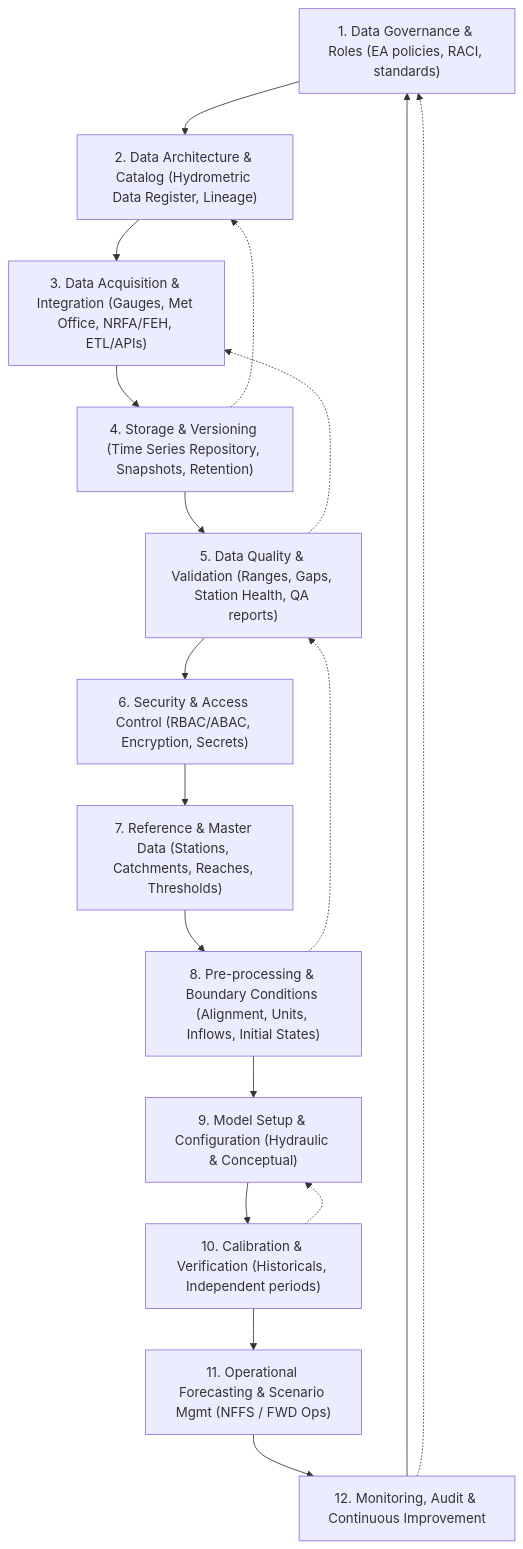
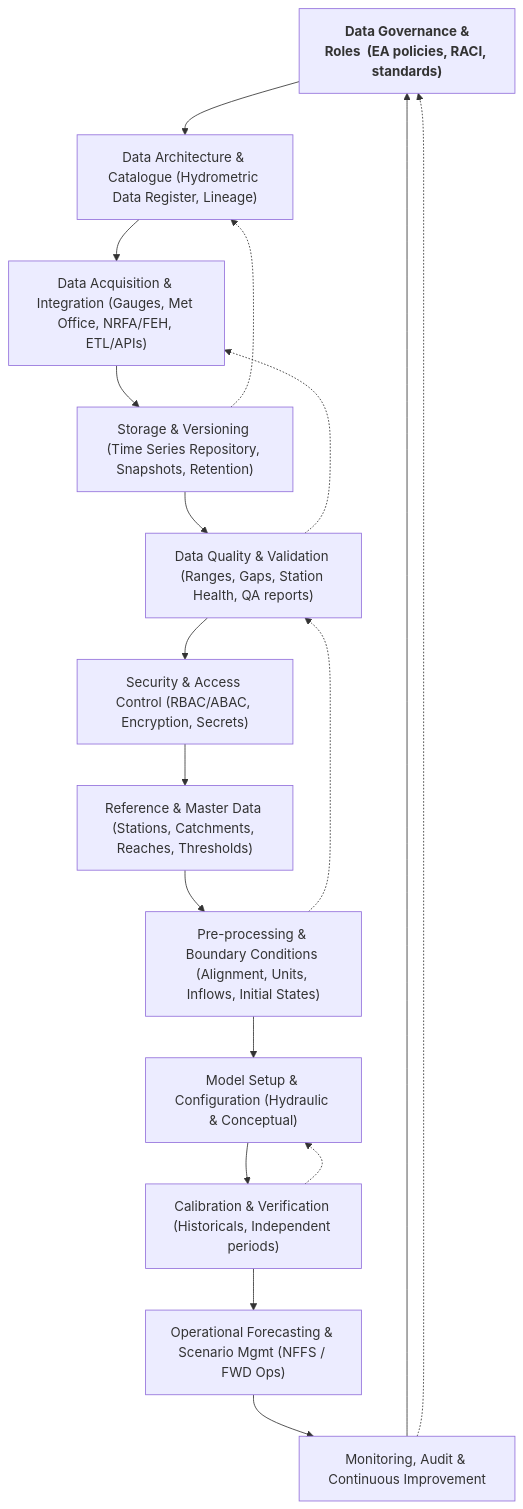
The diagram in governance.md (JonPayneEA/flode), drawn with Mermaid before and after one commit.

Commit message:
Reformatting plot

````diff
--- a/governance.md
+++ b/governance.md
@@ -349,21 +349,21 @@
 ``` mermaid
 flowchart TD
-  A["1. Data Governance & Roles (EA policies, RACI, standards)"] --> B["2. Data Architecture & Catalog (Hydrometric Data Register, Lineage)"]
-  B --> C["3. Data Acquisition & Integration (Gauges, Met Office, NRFA/FEH, ETL/APIs)"]
-  C --> D["4. Storage & Versioning (Time Series Repository, Snapshots, Retention)"]
-  D --> E["5. Data Quality & Validation (Ranges, Gaps, Station Health, QA reports)"]
-  E --> F["6. Security & Access Control (RBAC/ABAC, Encryption, Secrets)"]
-  F --> G["7. Reference & Master Data (Stations, Catchments, Reaches, Thresholds)"]
-  G --> H["8. Pre-processing & Boundary Conditions (Alignment, Units, Inflows, Initial States)"]
-  H --> I["9. Model Setup & Configuration (Hydraulic & Conceptual)"]
-  I --> J["10. Calibration & Verification (Historicals, Independent periods)"]
-  J --> K["11. Operational Forecasting & Scenario Mgmt (NFFS / FWD Ops)"]
-  K --> L["12. Monitoring, Audit & Continuous Improvement"]
+  A["<b> Data Governance & Roles <b/> (EA policies, RACI, standards)"] --> B["Data Architecture & Catalogue (Hydrometric Data Register, Lineage)"]
+  B --> C["Data Acquisition & Integration (Gauges, Met Office, NRFA/FEH, ETL/APIs)"]
+  C --> D["Storage & Versioning (Time Series Repository, Snapshots, Retention)"]
+  D --> E["Data Quality & Validation (Ranges, Gaps, Station Health, QA reports)"]
+  E --> F["Security & Access Control (RBAC/ABAC, Encryption, Secrets)"]
+  F --> G["Reference & Master Data (Stations, Catchments, Reaches, Thresholds)"]
+  G --> H["Pre-processing & Boundary Conditions (Alignment, Units, Inflows, Initial States)"]
+  H --> I["Model Setup & Configuration (Hydraulic & Conceptual)"]
+  I --> J["Calibration & Verification (Historicals, Independent periods)"]
+  J --> K["Operational Forecasting & Scenario Mgmt (NFFS / FWD Ops)"]
+  K --> L["Monitoring, Audit & Continuous Improvement"]
   L --> A
   %% Feedback loops
   E -.-> C
   D -.-> B
   H -.-> E
   J -.-> I
   L -.-> A
 ```
````
